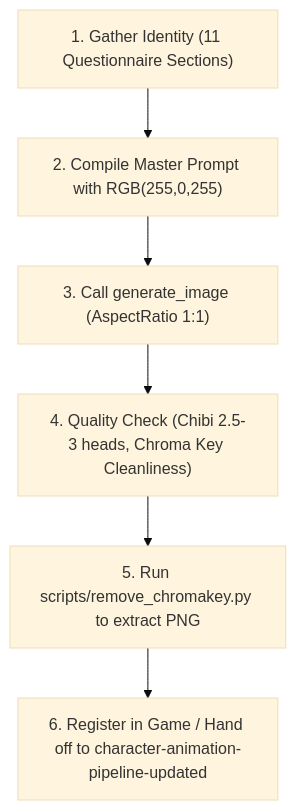
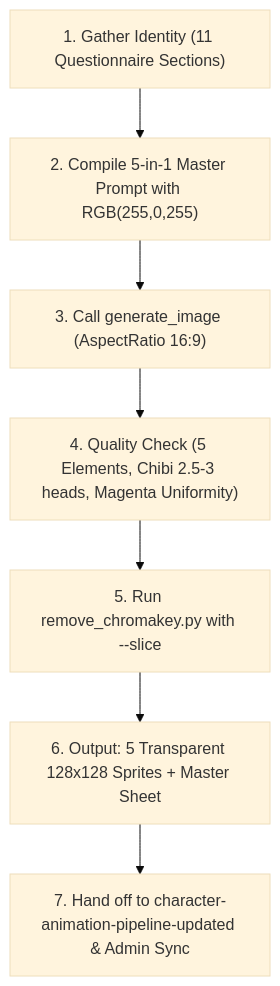
Before and after one commit to oneruit/roguelike-coop-game: the diagram in .agents/skills/character-pipeline/SKILL.md, drawn with Mermaid (base theme). The commit also changed other lines of this file and 1 other file, not shown here.

Commit message:
feat(pipeline): support 5-in-1 model sheet with portrait turnaround and weapon preview

````diff
--- a/.agents/skills/character-pipeline/SKILL.md
+++ b/.agents/skills/character-pipeline/SKILL.md
@@ -162,8 +173,9 @@
 ```mermaid
 flowchart TD
-    A["1. Gather Identity (11 Questionnaire Sections)"] --> B["2. Compile Master Prompt with RGB(255,0,255)"]
-    B --> C["3. Call generate_image (AspectRatio 1:1)"]
-    C --> D["4. Quality Check (Chibi 2.5-3 heads, Chroma Key Cleanliness)"]
-    D --> E["5. Run scripts/remove_chromakey.py to extract PNG"]
-    E --> F["6. Register in Game / Hand off to character-animation-pipeline-updated"]
+    A["1. Gather Identity (11 Questionnaire Sections)"] --> B["2. Compile 5-in-1 Master Prompt with RGB(255,0,255)"]
+    B --> C["3. Call generate_image (AspectRatio 16:9)"]
+    C --> D["4. Quality Check (5 Elements, Chibi 2.5-3 heads, Magenta Uniformity)"]
+    D --> E["5. Run remove_chromakey.py with --slice"]
+    E --> F["6. Output: 5 Transparent 128x128 Sprites + Master Sheet"]
+    F --> G["7. Hand off to character-animation-pipeline-updated & Admin Sync"]
 ```
````
